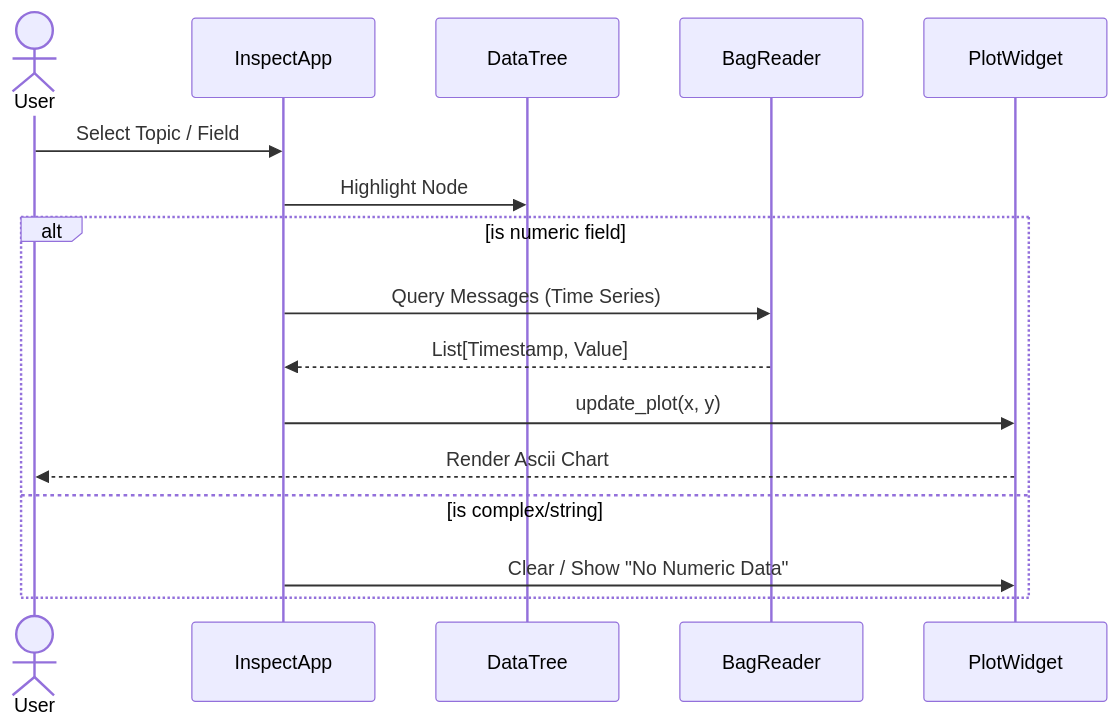
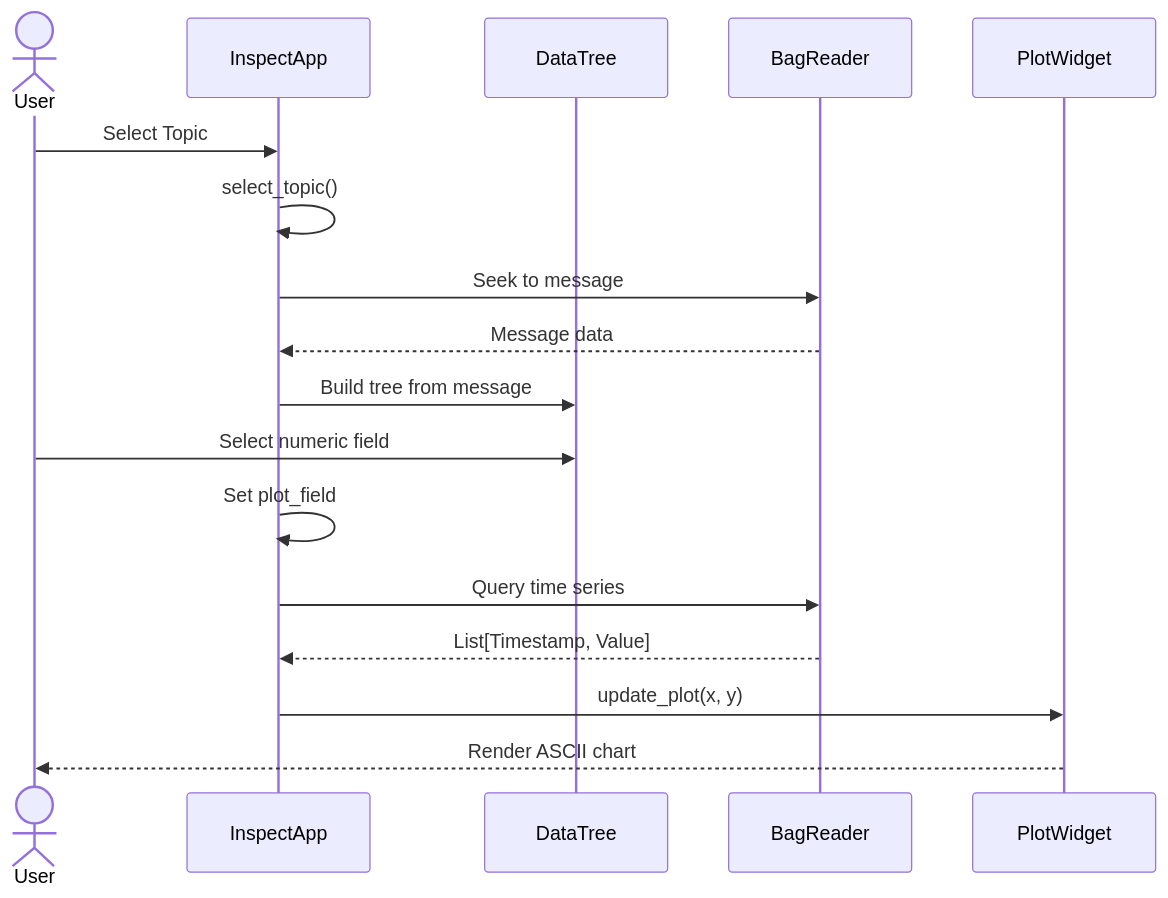
Before and after one commit to hanxiaomax/rose: the seventh of 7 diagrams in docs/design.md, drawn with Mermaid. The commit also changed other lines of this file and 5 other files, not shown here.

````diff
--- a/docs/design.md
+++ b/docs/design.md
@@ -114,20 +227,21 @@
 ```mermaid
 sequenceDiagram
     actor User
     participant App as InspectApp
     participant Tree as DataTree
     participant Reader as BagReader
     participant Plot as PlotWidget
 
-    User->>App: Select Topic / Field
-    App->>Tree: Highlight Node
+    User->>App: Select Topic
+    App->>App: select_topic()
+    App->>Reader: Seek to message
+    Reader-->>App: Message data
+    App->>Tree: Build tree from message
     
-    alt is numeric field
-        App->>Reader: Query Messages (Time Series)
-        Reader-->>App: List[Timestamp, Value]
-        App->>Plot: update_plot(x, y)
-        Plot-->>User: Render Ascii Chart
-    else is complex/string
-        App->>Plot: Clear / Show "No Numeric Data"
-    end
+    User->>Tree: Select numeric field
+    App->>App: Set plot_field
+    App->>Reader: Query time series
+    Reader-->>App: List[Timestamp, Value]
+    App->>Plot: update_plot(x, y)
+    Plot-->>User: Render ASCII chart
 ```
````
